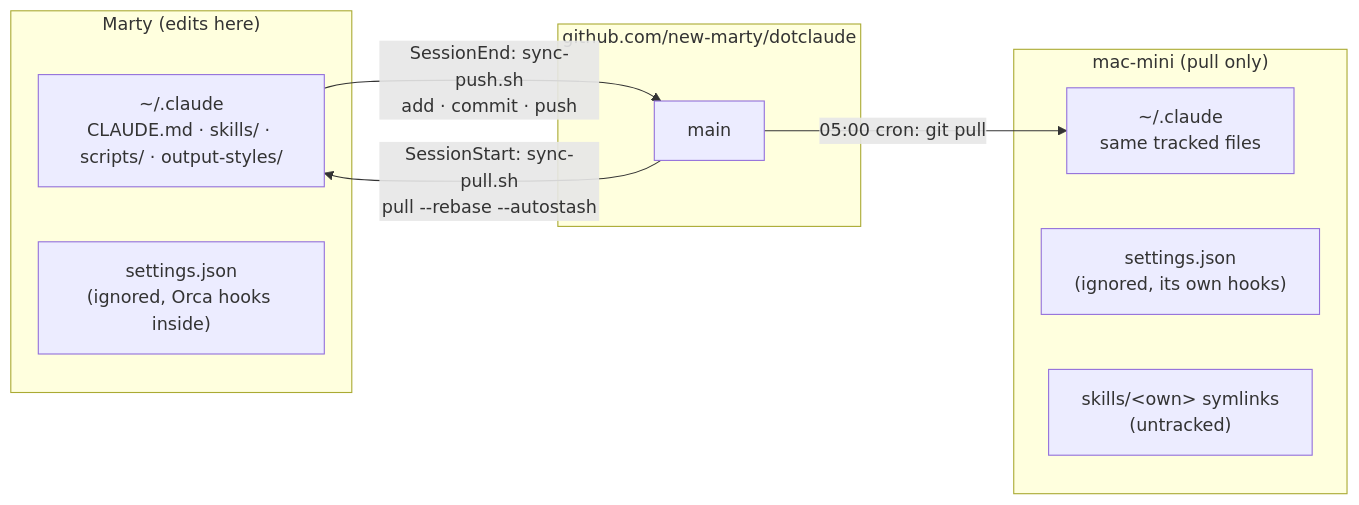
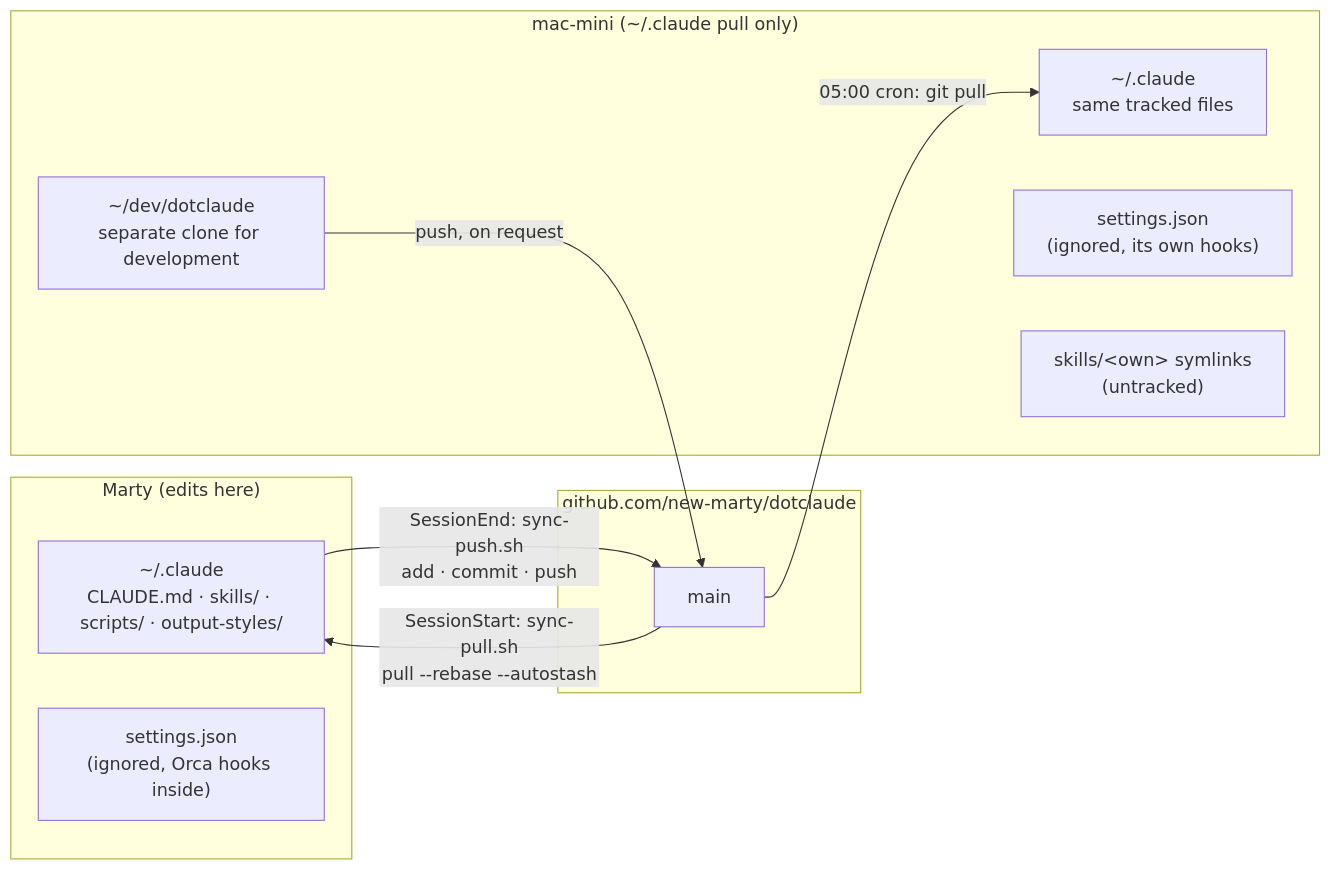
Before and after one commit to new-marty/dotclaude: the first of 2 diagrams in README.md, drawn with Mermaid. The commit also changed other lines of this file, not shown here.

First line of the commit message:
docs(readme): describe the mac-mini development clone

````diff
--- a/README.md
+++ b/README.md
@@ -44,18 +44,20 @@
 ```mermaid
 flowchart LR
     subgraph marty["Marty (edits here)"]
         m_cfg["~/.claude<br/>CLAUDE.md · skills/ · scripts/ · output-styles/"]
         m_set["settings.json<br/>(ignored, Orca hooks inside)"]
     end
     subgraph gh["github.com/new-marty/dotclaude"]
         main["main"]
     end
-    subgraph mini["mac-mini (pull only)"]
+    subgraph mini["mac-mini (~/.claude pull only)"]
         n_cfg["~/.claude<br/>same tracked files"]
         n_set["settings.json<br/>(ignored, its own hooks)"]
         n_own["skills/&lt;own&gt; symlinks<br/>(untracked)"]
+        n_dev["~/dev/dotclaude<br/>separate clone for development"]
     end
     m_cfg -- "SessionEnd: sync-push.sh<br/>add · commit · push" --> main
     main -- "SessionStart: sync-pull.sh<br/>pull --rebase --autostash" --> m_cfg
     main -- "05:00 cron: git pull" --> n_cfg
+    n_dev -- "push, on request" --> main
 ```
````
